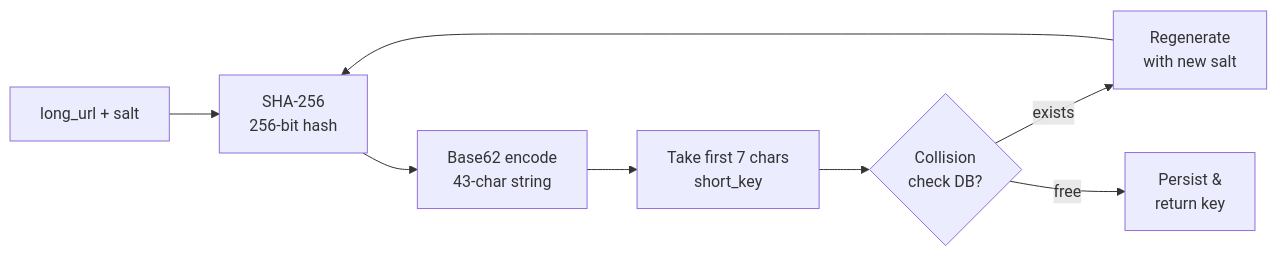
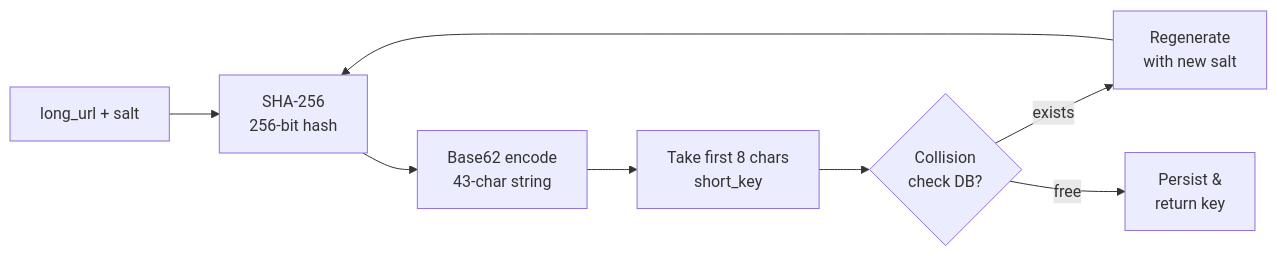
The fifth of 23 diagrams in url-shortener-system-design-1.md (hemantkgupta/url-shortener), drawn with Mermaid before and after one commit. The commit also changed other lines of this file and 156 other files, not shown here.

````diff
--- a/url-shortener-system-design-1.md
+++ b/url-shortener-system-design-1.md
@@ -314,10 +285,10 @@
 ```mermaid
 flowchart LR
     A["long_url + salt"] --> B["SHA-256<br/>256-bit hash"]
     B --> C["Base62 encode<br/>43-char string"]
-    C --> D["Take first 7 chars<br/>short_key"]
+    C --> D["Take first 8 chars<br/>short_key"]
     D --> E{"Collision<br/>check DB?"}
     E -->|exists| F["Regenerate<br/>with new salt"]
     E -->|free| G["Persist &<br/>return key"]
     F --> B
 ```
````
